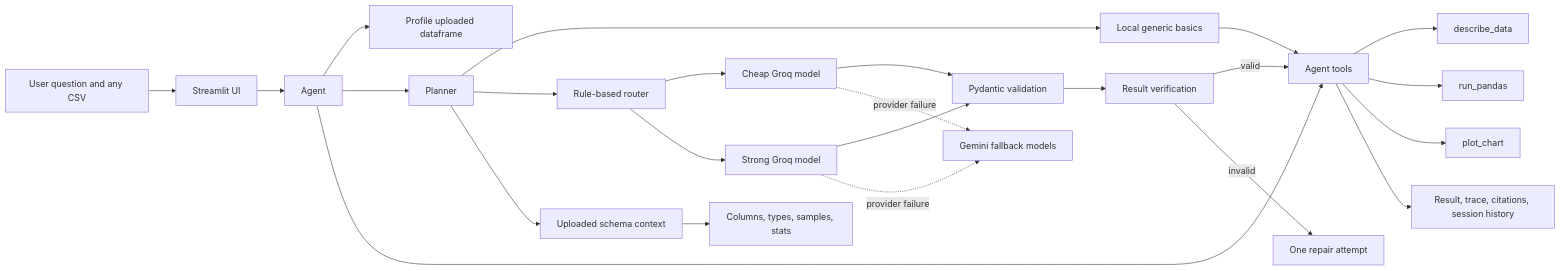
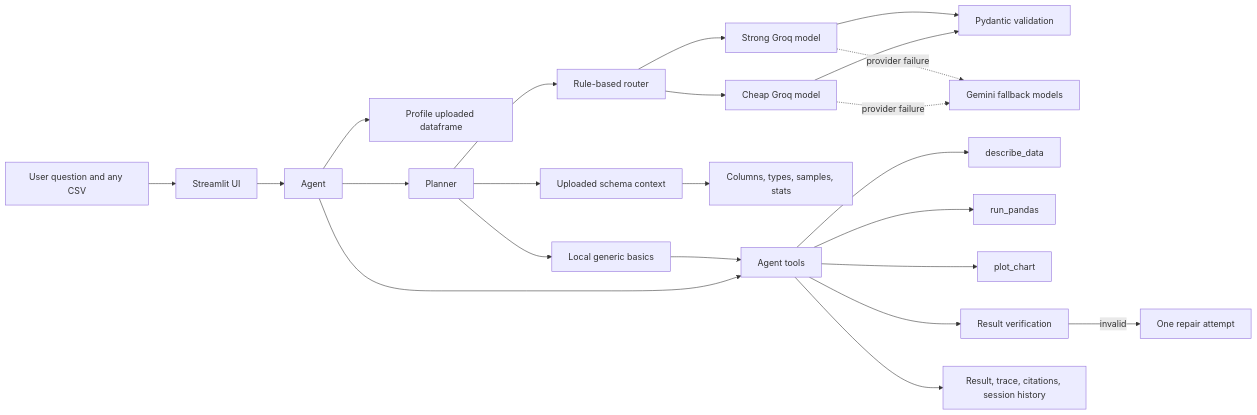
Before and after one commit to astroelaa/data-analyst-copilot: the diagram in README.md, drawn with Mermaid. The commit also changed other lines of this file and 3 other files, not shown here.

````diff
--- a/README.md
+++ b/README.md
@@ -71,26 +71,25 @@
 ```mermaid
 flowchart LR
     U[User question and any CSV] --> UI[Streamlit UI]
     UI --> A[Agent]
     A --> D[Profile uploaded dataframe]
     A --> P[Planner]
     P --> L[Local generic basics]
     P --> R[Rule-based router]
     R --> C[Cheap Groq model]
     R --> S[Strong Groq model]
     C --> V[Pydantic validation]
     S --> V
     C -. provider failure .-> G[Gemini fallback models]
     S -. provider failure .-> G
     P --> D1[Uploaded schema context]
     D1 --> E[Columns, types, samples, stats]
     A --> T[Agent tools]
     T --> DP[describe_data]
     T --> RP[run_pandas]
     T --> PC[plot_chart]
-    V --> Q[Result verification]
-    Q -->|valid| T
+    T --> Q[Result verification]
     Q -->|invalid| X[One repair attempt]
     L --> T
     T --> O[Result, trace, citations, session history]
 ```
````
